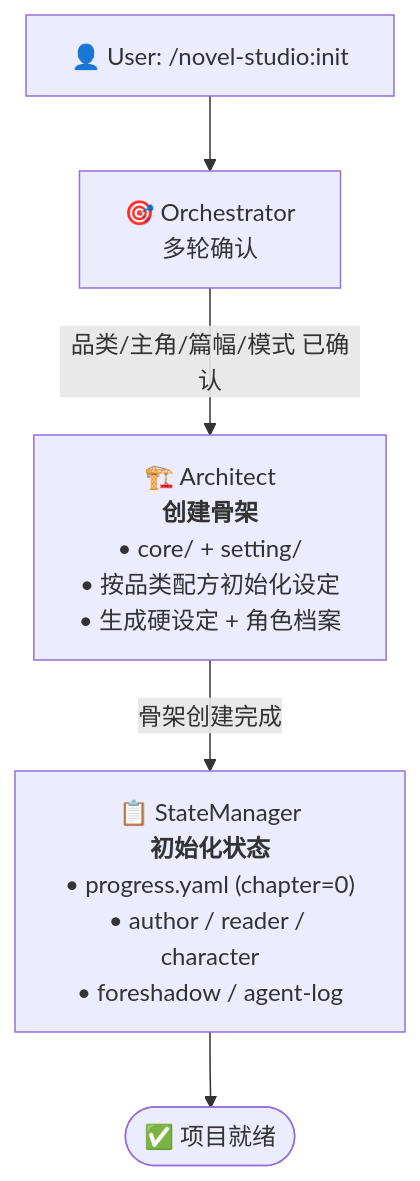
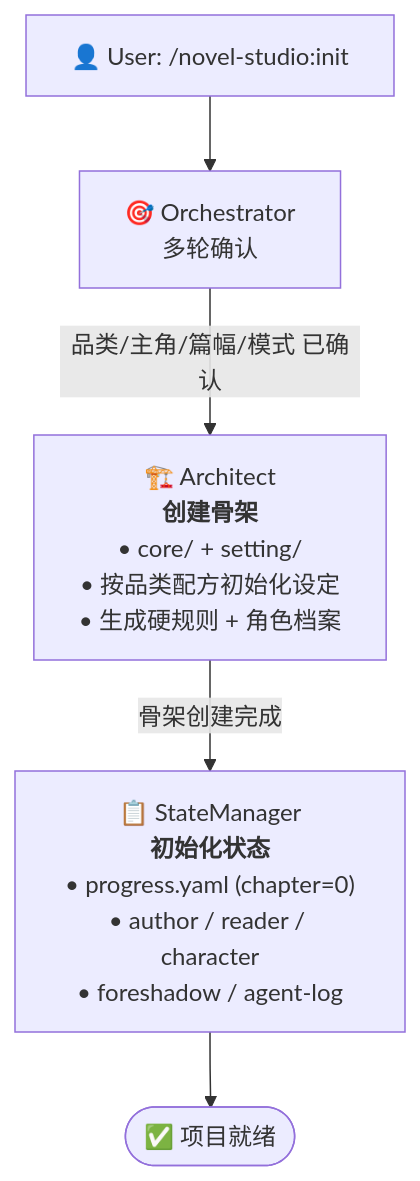
One commit to deathwhispers/novel-studio changed the second of 7 diagrams in workflows/pipeline.md. Above: the diagram before and after it, drawn with Mermaid. The commit also changed other lines of this file and 19 other files, not shown here.

First line of the commit message:
feat: core 承载灵魂契约 + setting 拆细则 — 作品总表→作品核心、硬设定→硬规则

````diff
--- a/workflows/pipeline.md
+++ b/workflows/pipeline.md
@@ -53,13 +53,13 @@
 ```mermaid
 flowchart TD
     User["👤 User: /novel-studio:init"]
     Orchestrator["🎯 Orchestrator<br/>多轮确认"]
-    Architect["🏗️ Architect<br/><b>创建骨架</b><br/>• core/ + setting/<br/>• 按品类配方初始化设定<br/>• 生成硬设定 + 角色档案"]
+    Architect["🏗️ Architect<br/><b>创建骨架</b><br/>• core/ + setting/<br/>• 按品类配方初始化设定<br/>• 生成硬规则 + 角色档案"]
     StateManager["📋 StateManager<br/><b>初始化状态</b><br/>• progress.yaml (chapter=0)<br/>• author / reader / character<br/>• foreshadow / agent-log"]
     Done(["✅ 项目就绪"])
 
     User --> Orchestrator
     Orchestrator -->|"品类/主角/篇幅/模式 已确认"| Architect
     Architect -->|"骨架创建完成"| StateManager
     StateManager --> Done
 ```
````
